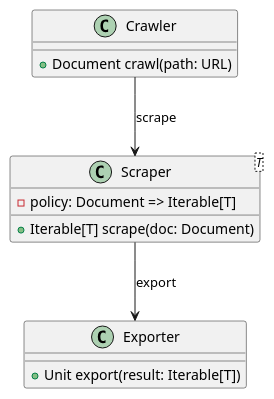
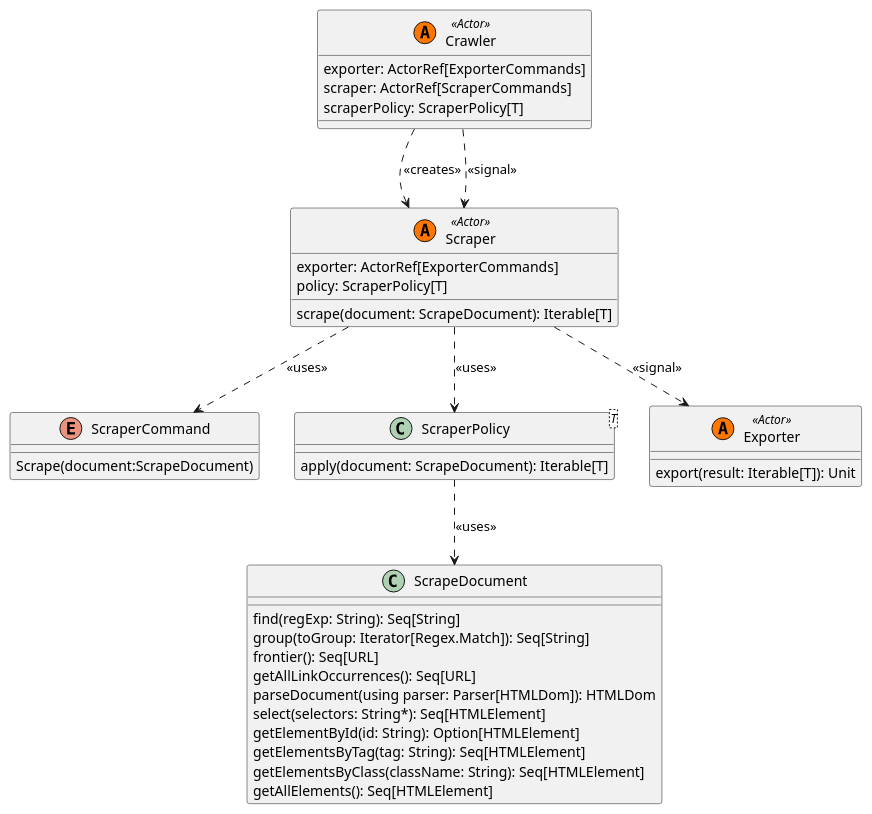
One commit to PPS-22-Scooby/pps-22-scooby.github.io changed the second of 2 diagrams in Writerside/topics/Scraper.md. Above: the diagram before and after it, drawn with PlantUML. The commit also changed other lines of this file and 3 other files, not shown here.

````diff
--- a/Writerside/topics/Scraper.md
+++ b/Writerside/topics/Scraper.md
@@ -25,22 +26,52 @@
 ```plantuml
 
 @startuml Scraper
 
-class Crawler {
-    + Document crawl(path: URL)
+class Crawler<<(A, #FF7700) Actor>> {
+    exporter: ActorRef[ExporterCommands]
+    scraper: ActorRef[ScraperCommands]
+    scraperPolicy: ScraperPolicy[T]
 }
 
-class Scraper<T> {
-    - policy: Document => Iterable[T]
-    + Iterable[T] scrape(doc: Document)
+class ScrapeDocument {
+    find(regExp: String): Seq[String]
+    group(toGroup: Iterator[Regex.Match]): Seq[String]
+    frontier(): Seq[URL]
+    getAllLinkOccurrences(): Seq[URL]
+    parseDocument(using parser: Parser[HTMLDom]): HTMLDom
+    select(selectors: String*): Seq[HTMLElement]
+    getElementById(id: String): Option[HTMLElement]
+    getElementsByTag(tag: String): Seq[HTMLElement]
+    getElementsByClass(className: String): Seq[HTMLElement]
+    getAllElements(): Seq[HTMLElement]
 }
 
-class Exporter {
-    + Unit export(result: Iterable[T])
+enum ScraperCommand {
+    Scrape(document:ScrapeDocument)
 }
 
-Crawler --> Scraper: scrape
-Scraper --> Exporter: export
+class ScraperPolicy<T> {
+    apply(document: ScrapeDocument): Iterable[T]
+}
+
+class Scraper<<(A, #FF7700) Actor>> {
+    exporter: ActorRef[ExporterCommands]
+    policy: ScraperPolicy[T]
+    scrape(document: ScrapeDocument): Iterable[T]
+}
+
+class Exporter<<(A, #FF7700) Actor>> {
+    export(result: Iterable[T]): Unit
+}
+
+Scraper ..> ScraperCommand: <<uses>>
+Scraper ..> ScraperPolicy: <<uses>>
+Scraper ..> Exporter: <<signal>>
+
+ScraperPolicy ..> ScrapeDocument: <<uses>>
+
+Crawler ..> Scraper: <<creates>>
+Crawler ..> Scraper: <<signal>>
 
 @enduml
 ```
````
